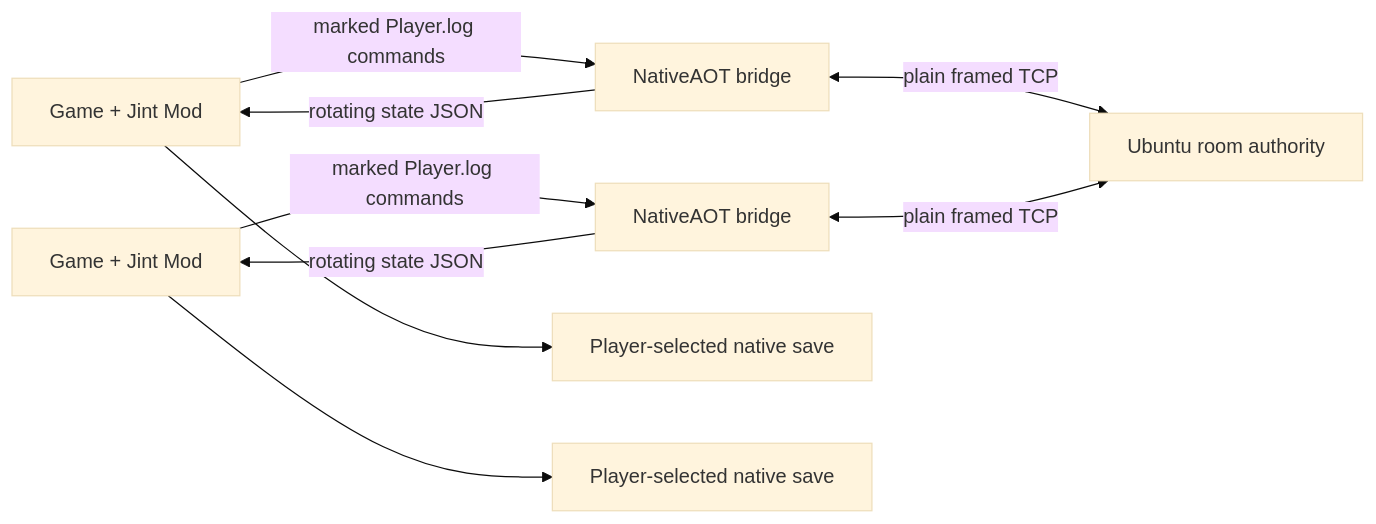
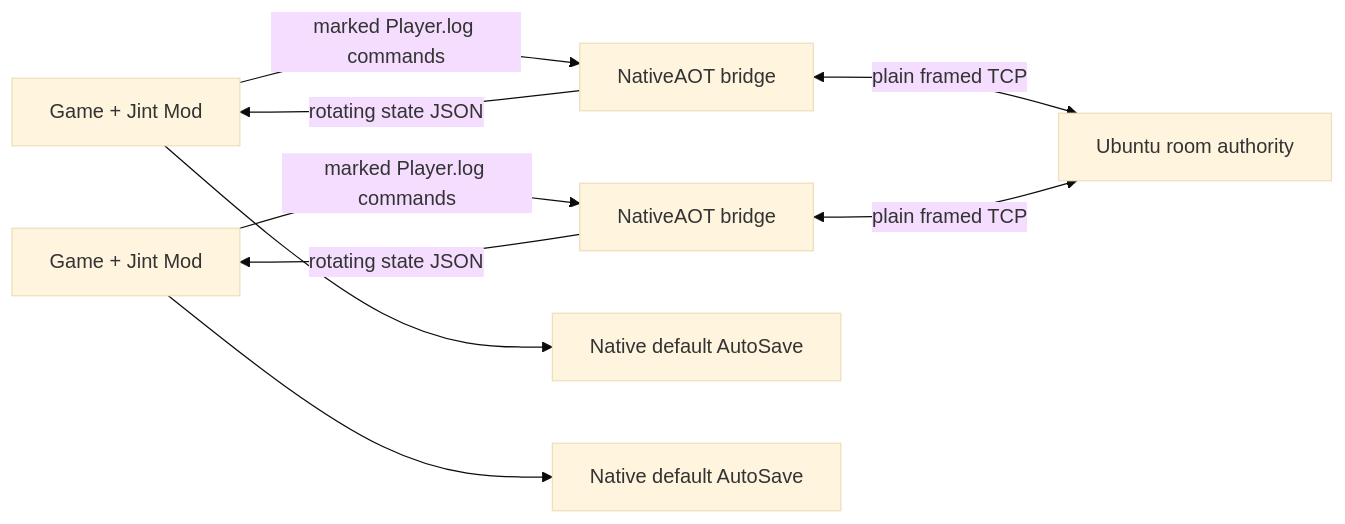
Before and after one commit to Sakura-QoQ/Multiplayer-Mod: the diagram in docs/ARCHITECTURE.md, drawn with Mermaid (base theme). The commit also changed other lines of this file and 8 other files, not shown here.

````diff
--- a/docs/ARCHITECTURE.md
+++ b/docs/ARCHITECTURE.md
@@ -7,11 +7,11 @@
 ```mermaid
 flowchart LR
     GameA[Game + Jint Mod] -->|marked Player.log commands| BridgeA[NativeAOT bridge]
     BridgeA -->|rotating state JSON| GameA
     GameB[Game + Jint Mod] -->|marked Player.log commands| BridgeB[NativeAOT bridge]
     BridgeB -->|rotating state JSON| GameB
     BridgeA <-->|plain framed TCP| Server[Ubuntu room authority]
     BridgeB <-->|plain framed TCP| Server
-    GameA --> SaveA[Player-selected native save]
-    GameB --> SaveB[Player-selected native save]
+    GameA --> SaveA[Native default AutoSave]
+    GameB --> SaveB[Native default AutoSave]
 ```
````
